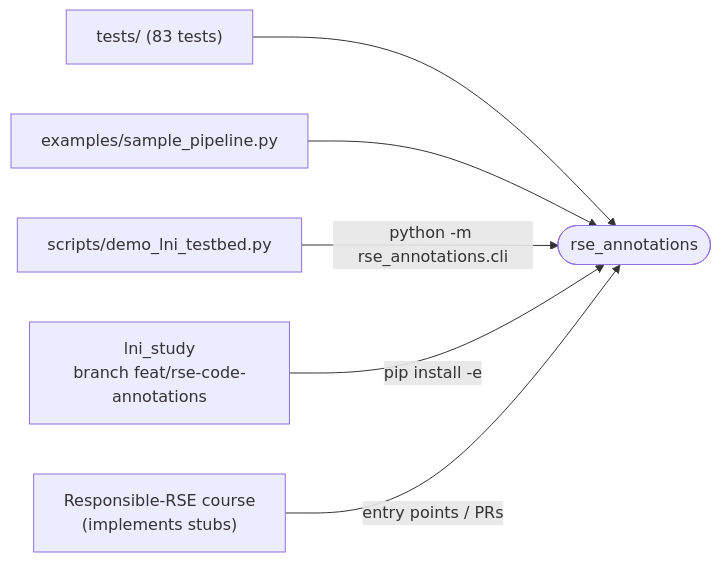
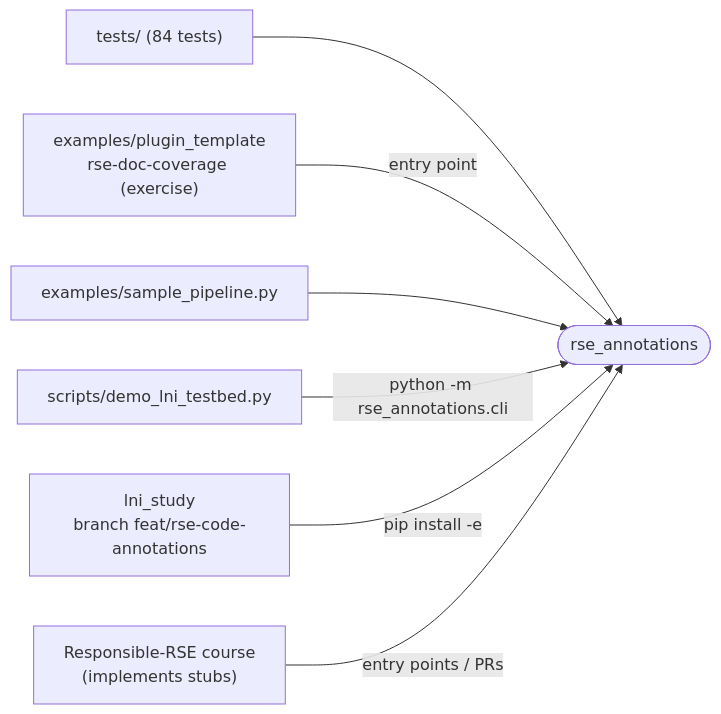
Before and after one commit to juliandehne/rse_code_annotations: the third of 3 diagrams in ARCHITECTURE.md, drawn with Mermaid. The commit also changed other lines of this file and 17 other files, not shown here.

First line of the commit message:
Retire Runner onto Audit, add EVERSE mapping, stub difficulty and doc-coverage exercise

````diff
--- a/ARCHITECTURE.md
+++ b/ARCHITECTURE.md
@@ -281,9 +303,10 @@
 ```mermaid
 flowchart LR
-    tests["tests/ (83 tests)"] --> pkg
+    tests["tests/ (84 tests)"] --> pkg
+    tmpl["examples/plugin_template<br/>rse-doc-coverage (exercise)"] -- "entry point" --> pkg
     examples["examples/sample_pipeline.py"] --> pkg
     demo["scripts/demo_lni_testbed.py"] -- "python -m rse_annotations.cli" --> pkg
     lni["lni_study<br/>branch feat/rse-code-annotations"] -- "pip install -e" --> pkg
     students["Responsible-RSE course<br/>(implements stubs)"] -- "entry points / PRs" --> pkg
     pkg(["rse_annotations"])
 ```
````
